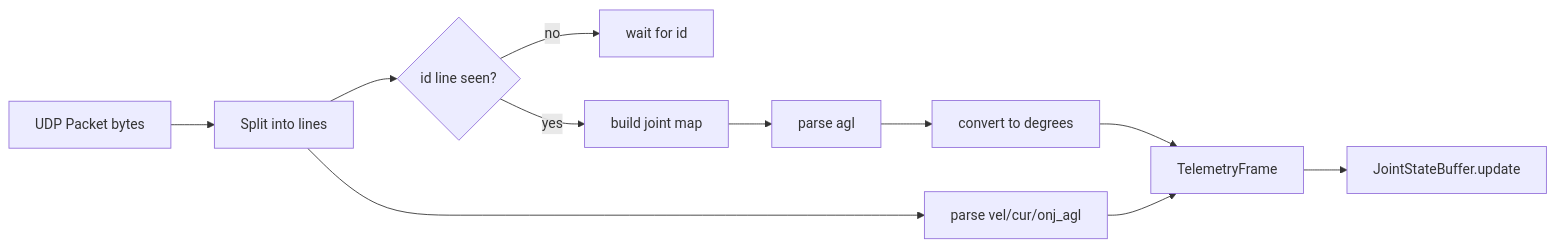
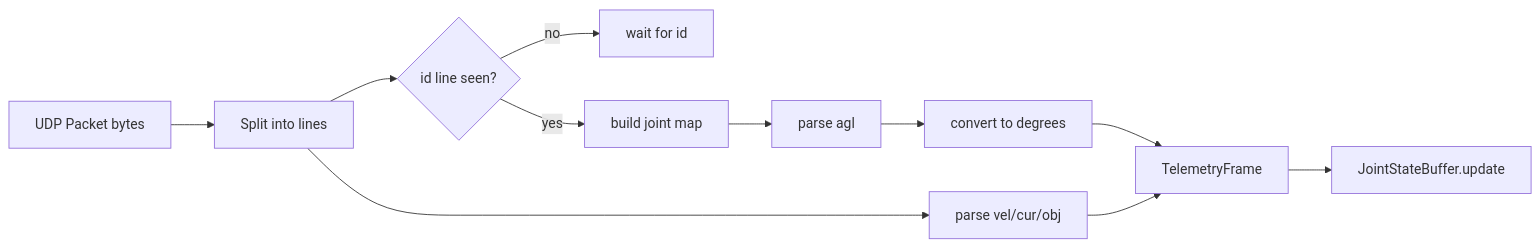
Before and after one commit to ugo-plus/lerobot-robot-ugo-pro: the eighth of 16 diagrams in docs/lerobot_ugo_pro_design.md, drawn with Mermaid. The commit also changed other lines of this file and 4 other files, not shown here.

````diff
--- a/docs/lerobot_ugo_pro_design.md
+++ b/docs/lerobot_ugo_pro_design.md
@@ -240,13 +240,13 @@
 ```mermaid
 flowchart LR
     UDP[UDP Packet bytes] --> Split[Split into lines]
     Split --> ParseIDs{id line seen?}
     ParseIDs -- no --> BufferWait[wait for id]
     ParseIDs -- yes --> MapIDs[build joint map]
     MapIDs --> ParseAgl[parse agl]
     ParseAgl --> DegConv[convert to degrees]
     DegConv --> Frame[TelemetryFrame]
-    Split --> ParseVel[parse vel/cur/onj_agl]
+    Split --> ParseVel[parse vel/cur/obj]
     ParseVel --> Frame
     Frame --> Buffer[JointStateBuffer.update]
 ```
````
